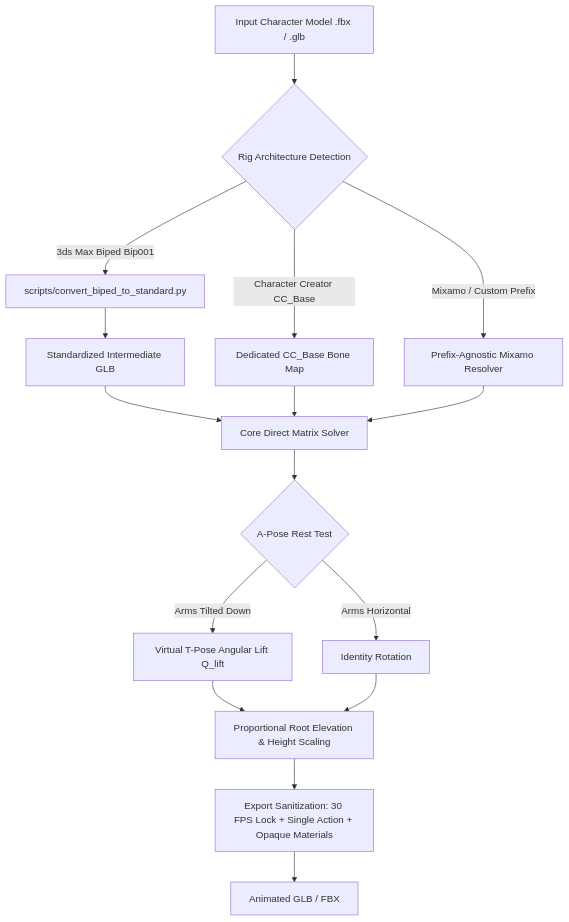
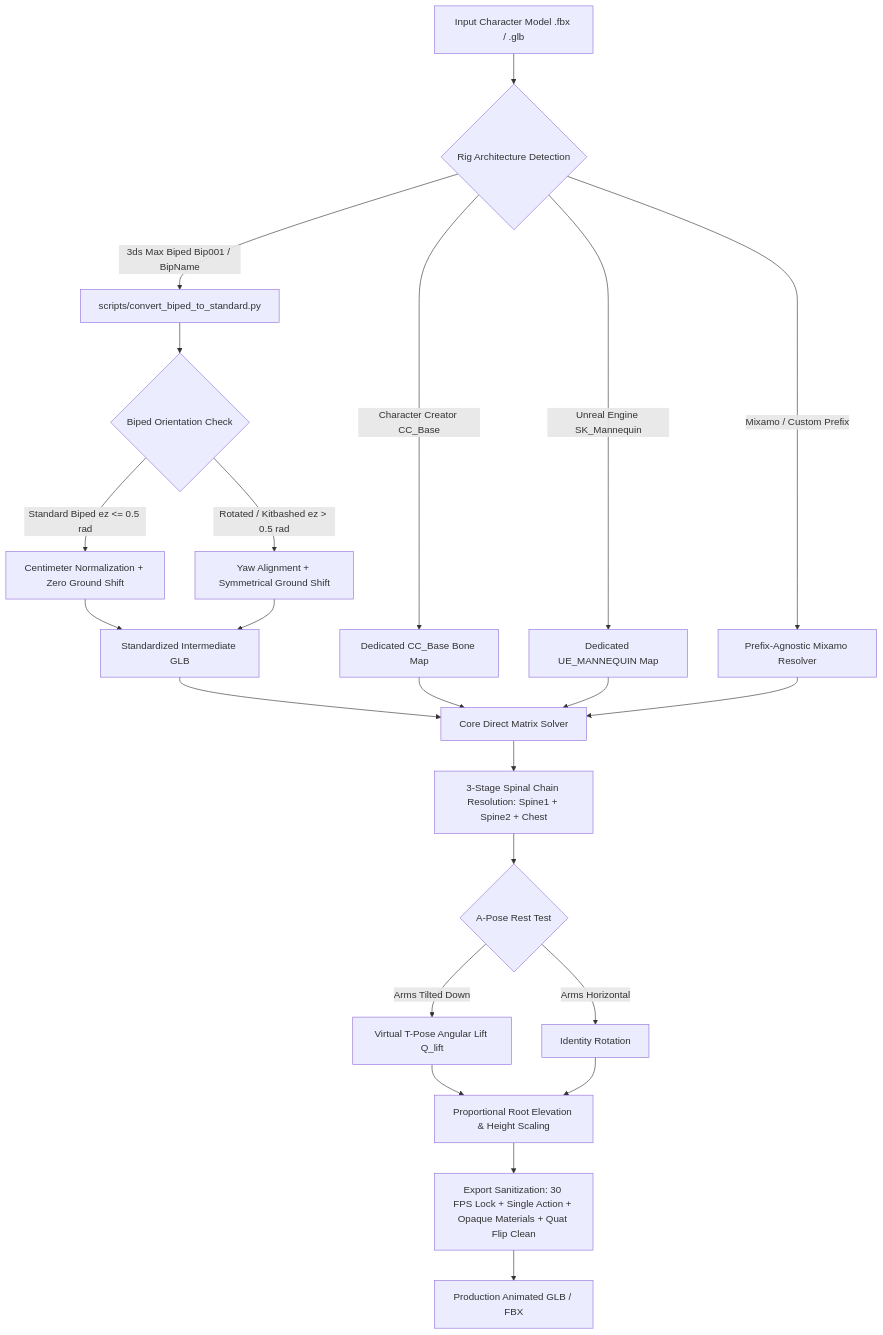
Before and after one commit to ehab-ayman-gharib/Kimodo-CPP-Extended: the diagram in docs/RETARGETING_CONSTITUTION.md, drawn with Mermaid. The commit also changed other lines of this file and 4 other files, not shown here.

````diff
--- a/docs/RETARGETING_CONSTITUTION.md
+++ b/docs/RETARGETING_CONSTITUTION.md
@@ -11,24 +11,31 @@
 ```mermaid
 flowchart TD
     Input[Input Character Model .fbx / .glb] --> Detect{Rig Architecture Detection}
     
-    Detect -->|3ds Max Biped Bip001| BipedConv[scripts/convert_biped_to_standard.py]
-    BipedConv --> StdGLB[Standardized Intermediate GLB]
+    Detect -->|3ds Max Biped Bip001 / BipName| BipedConv[scripts/convert_biped_to_standard.py]
+    BipedConv --> BipedBranch{Biped Orientation Check}
+    BipedBranch -->|Standard Biped ez <= 0.5 rad| StdNorm[Centimeter Normalization + Zero Ground Shift]
+    BipedBranch -->|Rotated / Kitbashed ez > 0.5 rad| KitbashNorm[Yaw Alignment + Symmetrical Ground Shift]
+    StdNorm --> StdGLB[Standardized Intermediate GLB]
+    KitbashNorm --> StdGLB
     
     Detect -->|Character Creator CC_Base| CCDedicated[Dedicated CC_Base Bone Map]
+    Detect -->|Unreal Engine SK_Mannequin| UEDedicated[Dedicated UE_MANNEQUIN Map]
     Detect -->|Mixamo / Custom Prefix| PrefixAgnostic[Prefix-Agnostic Mixamo Resolver]
     
     StdGLB --> CoreSolver[Core Direct Matrix Solver]
     CCDedicated --> CoreSolver
+    UEDedicated --> CoreSolver
     PrefixAgnostic --> CoreSolver
     
-    CoreSolver --> APoseCheck{A-Pose Rest Test}
+    CoreSolver --> SpineChain[3-Stage Spinal Chain Resolution: Spine1 + Spine2 + Chest]
+    SpineChain --> APoseCheck{A-Pose Rest Test}
     APoseCheck -->|Arms Tilted Down| QLift[Virtual T-Pose Angular Lift Q_lift]
     APoseCheck -->|Arms Horizontal| IdentityLift[Identity Rotation]
     
     QLift --> ProportionalGrounding[Proportional Root Elevation & Height Scaling]
     IdentityLift --> ProportionalGrounding
     
-    ProportionalGrounding --> ExportSanitize[Export Sanitization: 30 FPS Lock + Single Action + Opaque Materials]
-    ExportSanitize --> Output[Animated GLB / FBX]
+    ProportionalGrounding --> ExportSanitize[Export Sanitization: 30 FPS Lock + Single Action + Opaque Materials + Quat Flip Clean]
+    ExportSanitize --> Output[Production Animated GLB / FBX]
 ```
````
